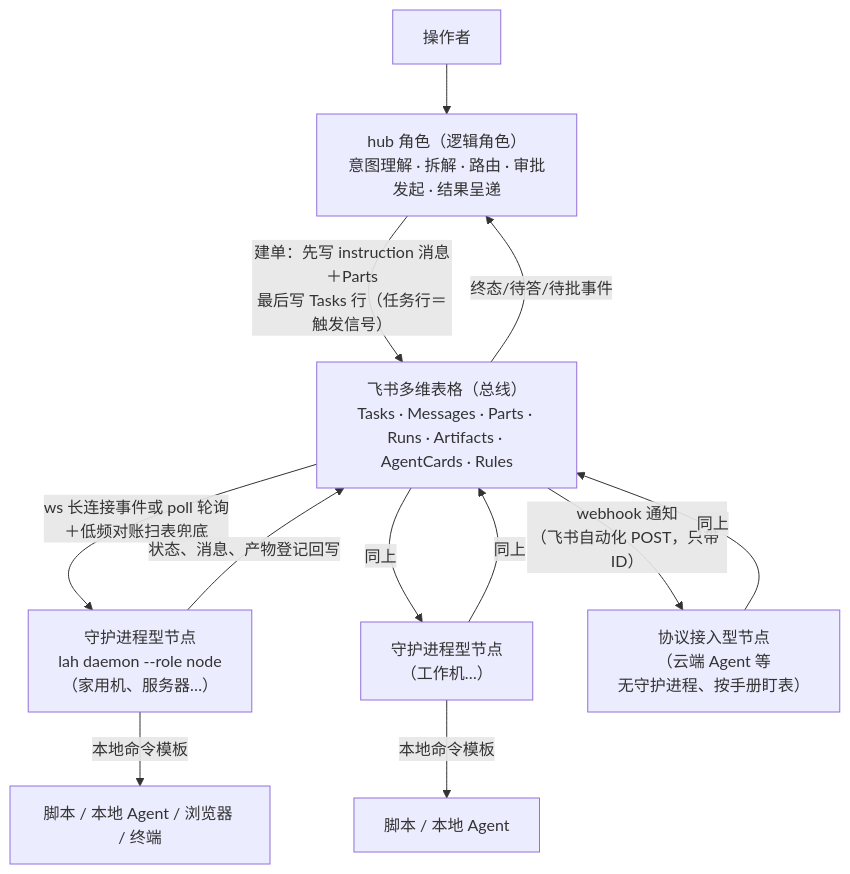
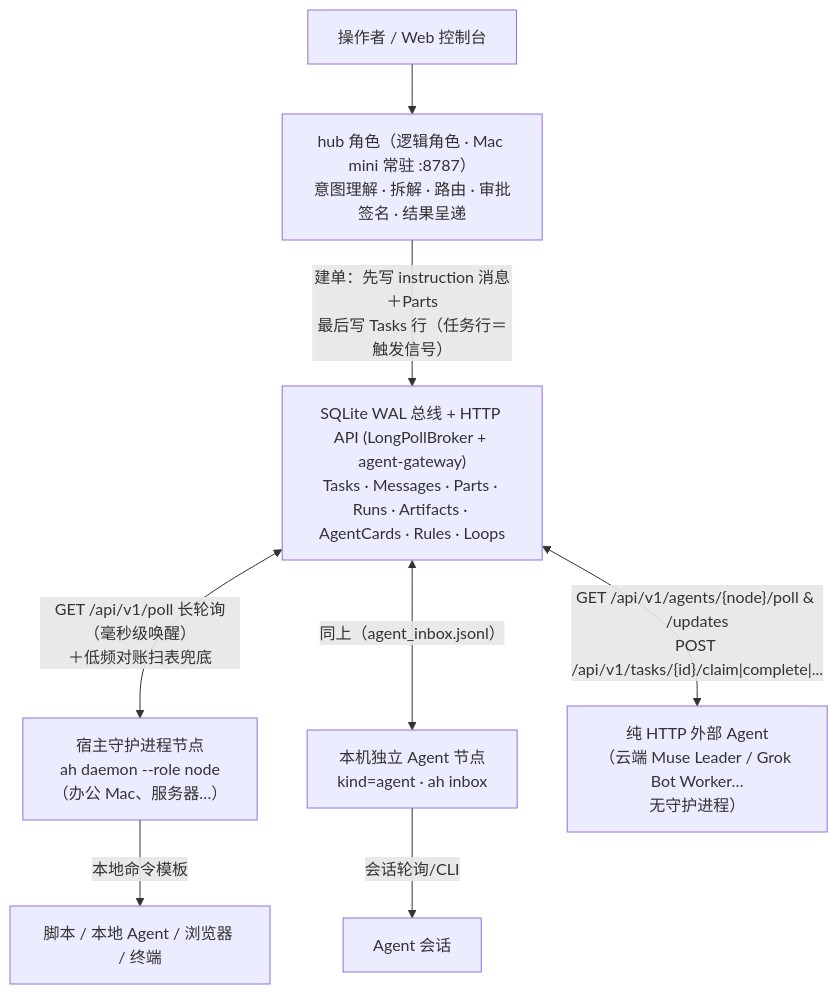
The diagram in docs/architecture.md (backtomyfuture/a2a-hub), drawn with Mermaid before and after one commit. The commit also changed other lines of this file and 101 other files, not shown here.

First line of the commit message:
feat: unify HTTP gateway & polling, split 2x2 skills, and rename CLI to ah

````diff
--- a/docs/architecture.md
+++ b/docs/architecture.md
@@ -16,18 +16,14 @@
 ```mermaid
 flowchart TB
-    OP["操作者"] --> HUB["hub 角色（逻辑角色）<br/>意图理解 · 拆解 · 路由 · 审批发起 · 结果呈递"]
+    OP["操作者 / Web 控制台"] --> HUB["hub 角色（逻辑角色 · Mac mini 常驻 :8787）<br/>意图理解 · 拆解 · 路由 · 审批签名 · 结果呈递"]
     HUB -->|"建单：先写 instruction 消息＋Parts<br/>最后写 Tasks 行（任务行＝触发信号）"| BUS
-    BUS["飞书多维表格（总线）<br/>Tasks · Messages · Parts · Runs · Artifacts · AgentCards · Rules"]
-    BUS -->|"ws 长连接事件或 poll 轮询<br/>＋低频对账扫表兜底"| N1
-    BUS -->|"同上"| N2
-    BUS -->|"webhook 通知<br/>（飞书自动化 POST，只带 ID）"| N3
-    N1["守护进程型节点<br/>lah daemon --role node<br/>（家用机、服务器…）"]
-    N2["守护进程型节点<br/>（工作机…）"]
-    N3["协议接入型节点<br/>（云端 Agent 等<br/>无守护进程、按手册盯表）"]
+    BUS["SQLite WAL 总线 + HTTP API (LongPollBroker + agent-gateway)<br/>Tasks · Messages · Parts · Runs · Artifacts · AgentCards · Rules · Loops"]
+    BUS <-->|"GET /api/v1/poll 长轮询（毫秒级唤醒）<br/>＋低频对账扫表兜底"| N1
+    BUS <-->|"同上（agent_inbox.jsonl）"| N2
+    BUS <-->|"GET /api/v1/agents/{node}/poll & /updates<br/>POST /api/v1/tasks/{id}/claim|complete|..."| N3
+    N1["宿主守护进程节点<br/>ah daemon --role node<br/>（办公 Mac、服务器…）"]
+    N2["本机独立 Agent 节点<br/>kind=agent · ah inbox"]
+    N3["纯 HTTP 外部 Agent<br/>（云端 Muse Leader / Grok Bot Worker…<br/>无守护进程）"]
     N1 -->|"本地命令模板"| W1["脚本 / 本地 Agent / 浏览器 / 终端"]
-    N2 -->|"本地命令模板"| W2["脚本 / 本地 Agent"]
-    N1 -->|"状态、消息、产物登记回写"| BUS
-    N2 -->|"同上"| BUS
-    N3 -->|"同上"| BUS
-    BUS -->|"终态/待答/待批事件"| HUB
+    N2 -->|"会话轮询/CLI"| W2["Agent 会话"]
 ```
````
